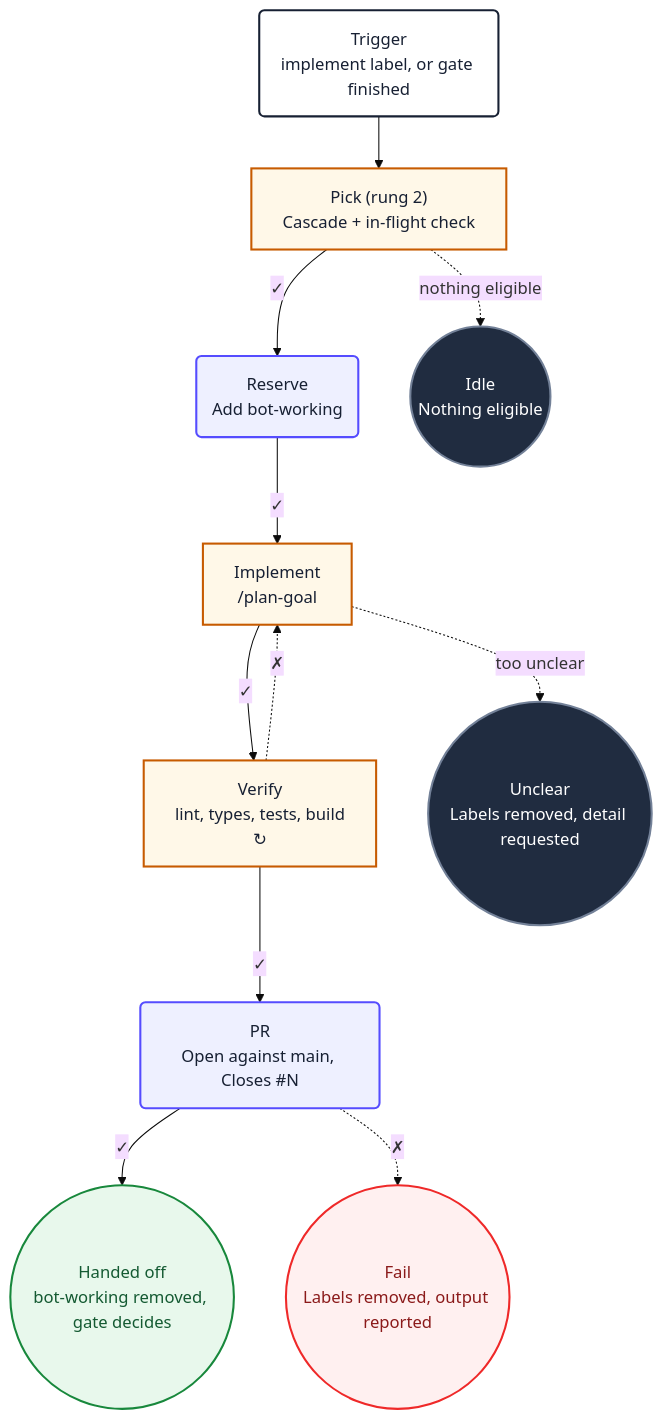
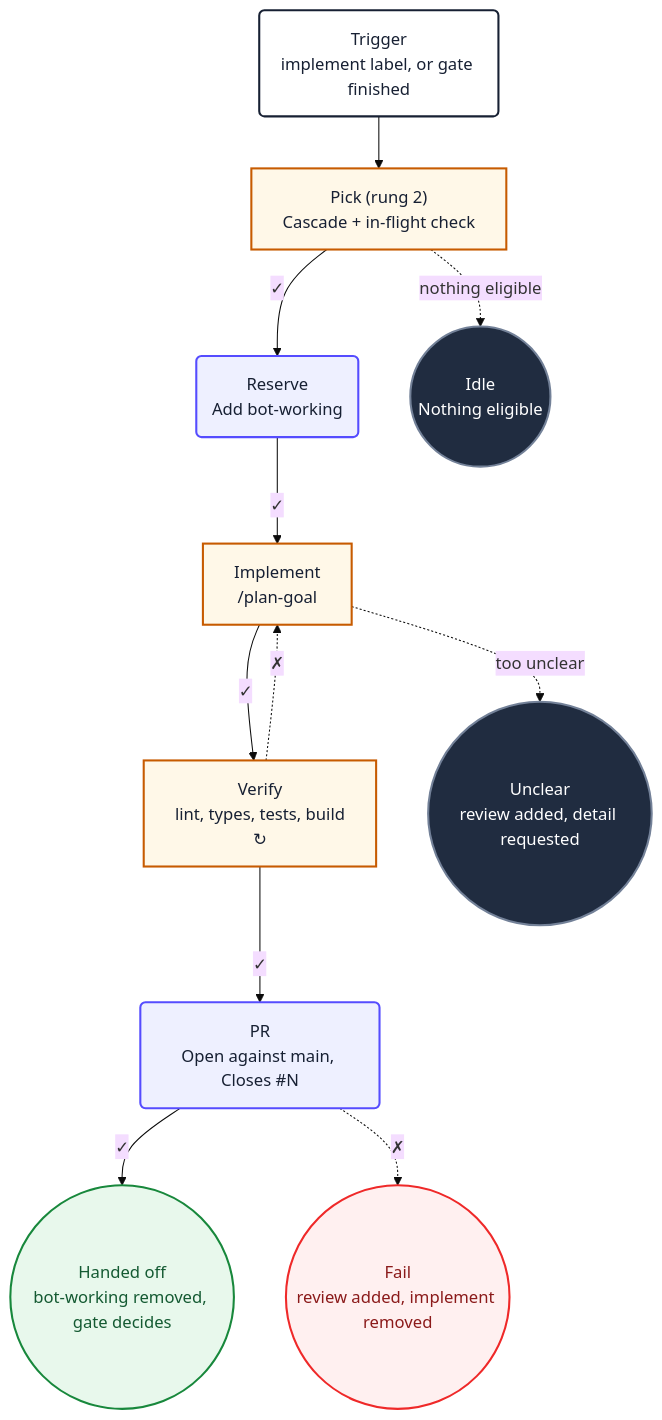
The diagram in skills/platform-agentic-workflows/references/diagram.md (PlainConceptsPlatform/Foundations), drawn with Mermaid (base theme) before and after one commit. The commit also changed 17 other files, not shown here.

````diff
--- a/skills/platform-agentic-workflows/references/diagram.md
+++ b/skills/platform-agentic-workflows/references/diagram.md
@@ -145,29 +145,29 @@
 ```mermaid
 flowchart TD
     implStart("Trigger<br/>implement label, or gate finished") --> implPick
     implPick["Pick (rung 2)<br/>Cascade + in-flight check"] -->|✓| implReserve
     implPick -.->|nothing eligible| implIdle
     implReserve("Reserve<br/>Add bot-working") -->|✓| implCode
     implCode["Implement<br/>/plan-goal"] -->|✓| implVerify
     implCode -.->|too unclear| implUnclear
     implVerify["Verify<br/>lint, types, tests, build<br/>↻"] -->|✓| implPr
     implVerify -.->|✗| implCode
     implPr("PR<br/>Open against main, Closes #N") -->|✓| implHandoff
     implPr -.->|✗| implFail
     implHandoff(("Handed off<br/>bot-working removed, gate decides"))
-    implUnclear(("Unclear<br/>Labels removed, detail requested"))
+    implUnclear(("Unclear<br/>review added, detail requested"))
     implIdle(("Idle<br/>Nothing eligible"))
-    implFail(("Fail<br/>Labels removed, output reported"))
+    implFail(("Fail<br/>review added, implement removed"))
     classDef start fill:#ffffff,stroke:#172033,stroke-width:2px,color:#172033
     classDef action fill:#eef0ff,stroke:#554cff,stroke-width:2px,color:#172033
     classDef decision fill:#fff8e8,stroke:#c75b00,stroke-width:2px,color:#172033
     classDef idle fill:#202c40,stroke:#738198,stroke-width:2px,color:#ffffff
     classDef failure fill:#fff0f0,stroke:#ef2929,stroke-width:2px,color:#8b1a1a
     classDef success fill:#e8f8ec,stroke:#18883c,stroke-width:2px,color:#145a32
     class implStart start
     class implReserve,implPr action
     class implPick,implCode,implVerify decision
     class implIdle,implUnclear idle
     class implFail failure
     class implHandoff success
 ```
````
